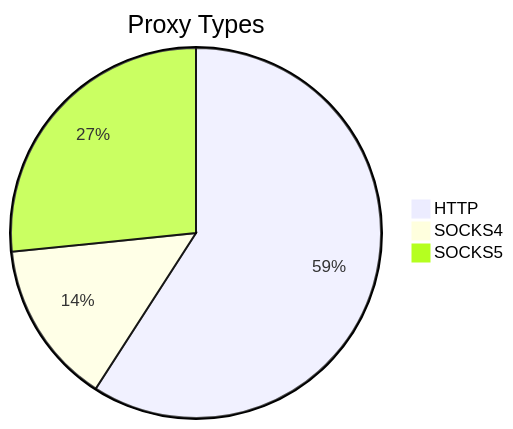
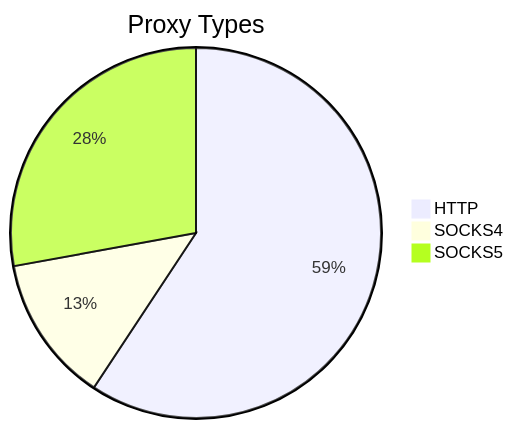
One commit to stormsia/proxy-list changed the first of 2 diagrams in README.md. Above: the diagram before and after it, drawn with Mermaid. The commit also changed other lines of this file, not shown here.

````diff
--- a/README.md
+++ b/README.md
@@ -21,6 +21,6 @@
 ```mermaid
 pie title Proxy Types
-    "HTTP" : 211
-    "SOCKS4" : 51
-    "SOCKS5" : 95
+    "HTTP" : 300
+    "SOCKS4" : 65
+    "SOCKS5" : 141
 ```
````
